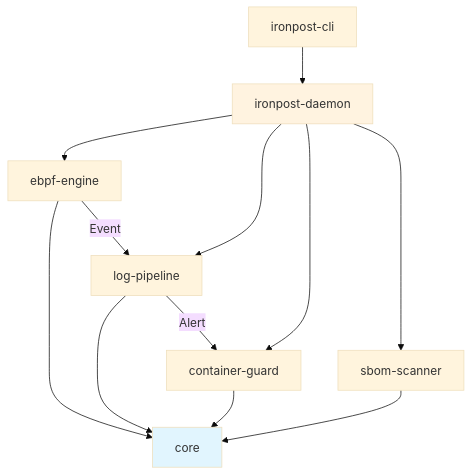
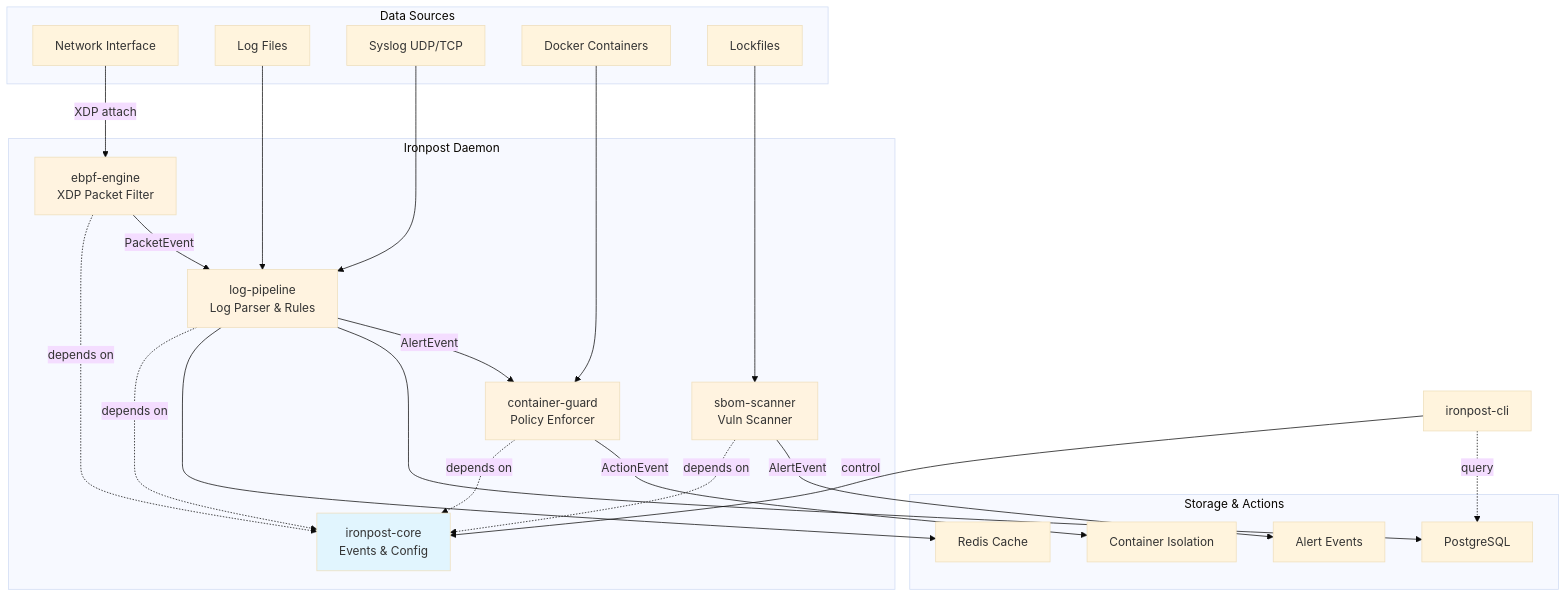
The diagram in README.md (dongwonkwak/ironpost), drawn with Mermaid (base theme) before and after one commit. The commit also changed other lines of this file and 91 other files, not shown here.

First line of the commit message:
feat(phase-6): Integrated daemon, CLI, documentation, and review fixes (#8)

````diff
--- a/README.md
+++ b/README.md
@@ -7,18 +16,52 @@
 ```mermaid
-graph TD
-    CLI[ironpost-cli] --> D[ironpost-daemon]
-    D --> EBPF[ebpf-engine]
-    D --> LOG[log-pipeline]
-    D --> CG[container-guard]
-    D --> SBOM[sbom-scanner]
-    EBPF --> CORE[core]
-    LOG --> CORE
-    CG --> CORE
-    SBOM --> CORE
+flowchart TB
+    subgraph "Data Sources"
+        A1[Network Interface]
+        A2[Log Files]
+        A3[Syslog UDP/TCP]
+        A4[Docker Containers]
+        A5[Lockfiles]
+    end
 
-    EBPF -->|Event| LOG
-    LOG -->|Alert| CG
+    subgraph "Ironpost Daemon"
+        B1[ebpf-engine<br/>XDP Packet Filter]
+        B2[log-pipeline<br/>Log Parser & Rules]
+        B3[container-guard<br/>Policy Enforcer]
+        B4[sbom-scanner<br/>Vuln Scanner]
+        CORE[ironpost-core<br/>Events & Config]
+    end
+
+    subgraph "Storage & Actions"
+        C1[PostgreSQL]
+        C2[Redis Cache]
+        C3[Container Isolation]
+        C4[Alert Events]
+    end
+
+    A1 -->|XDP attach| B1
+    A2 --> B2
+    A3 --> B2
+    A4 --> B3
+    A5 --> B4
+
+    B1 -->|PacketEvent| B2
+    B2 -->|AlertEvent| B3
+    B2 --> C1
+    B2 --> C2
+    B3 -->|ActionEvent| C3
+    B4 -->|AlertEvent| C4
+
+    B1 -.depends on.-> CORE
+    B2 -.depends on.-> CORE
+    B3 -.depends on.-> CORE
+    B4 -.depends on.-> CORE
+
+    CLI[ironpost-cli] -->|control| CORE
+    CLI -.query.-> C1
 
     style CORE fill:#e1f5fe
-    style D fill:#fff3e0
+    style B1 fill:#fff3e0
+    style B2 fill:#fff3e0
+    style B3 fill:#fff3e0
+    style B4 fill:#fff3e0
 ```
````
